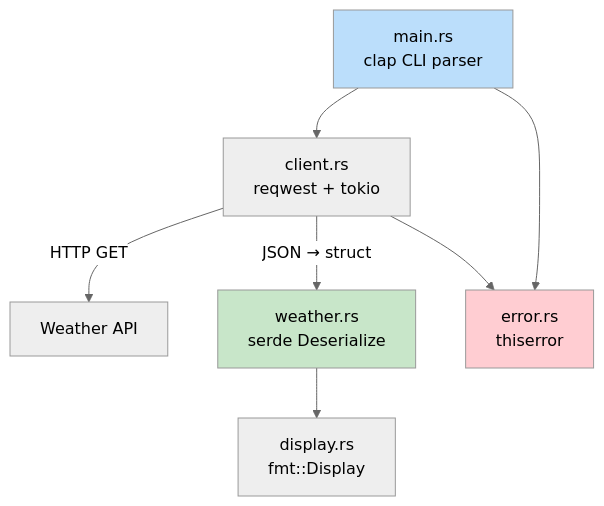
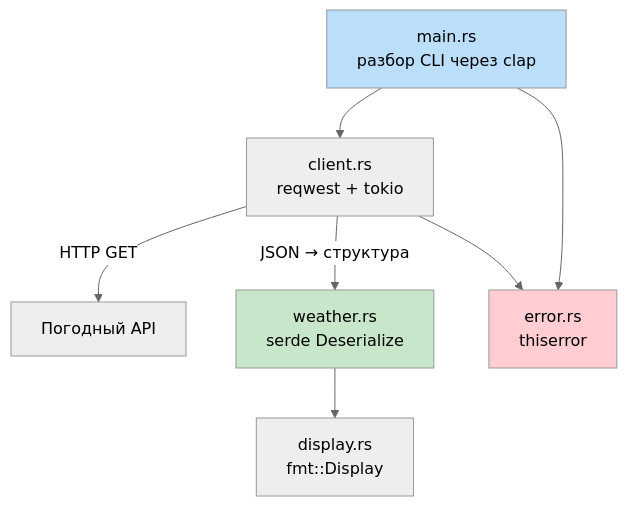
Before and after one commit to r007/RustTraining-Rus: the diagram in csharp-book/src/ch17-capstone-project.md, drawn with Mermaid (neutral theme). The commit also changed other lines of this file and 13 other files, not shown here.

````diff
--- a/csharp-book/src/ch17-capstone-project.md
+++ b/csharp-book/src/ch17-capstone-project.md
@@ -13,13 +13,13 @@
 ```mermaid
 graph TD
-    CLI["main.rs<br/>clap CLI parser"] --> Client["client.rs<br/>reqwest + tokio"]
-    Client -->|"HTTP GET"| API["Weather API"]
-    Client -->|"JSON → struct"| Model["weather.rs<br/>serde Deserialize"]
+    CLI["main.rs<br/>разбор CLI через clap"] --> Client["client.rs<br/>reqwest + tokio"]
+    Client -->|"HTTP GET"| API["Погодный API"]
+    Client -->|"JSON → структура"| Model["weather.rs<br/>serde Deserialize"]
     Model --> Display["display.rs<br/>fmt::Display"]
     CLI --> Err["error.rs<br/>thiserror"]
     Client --> Err
 
     style CLI fill:#bbdefb,color:#000
     style Err fill:#ffcdd2,color:#000
     style Model fill:#c8e6c9,color:#000
 ```
````
